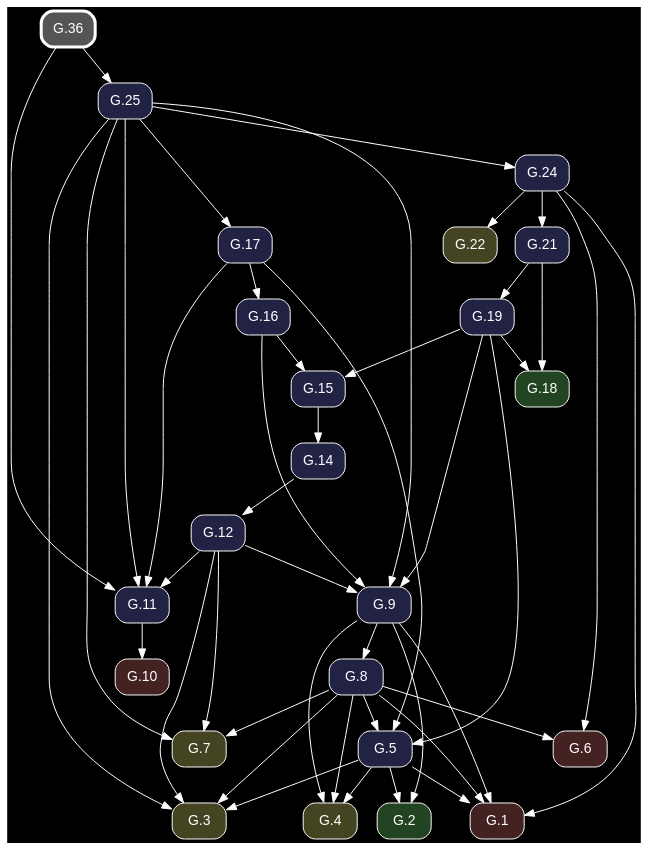
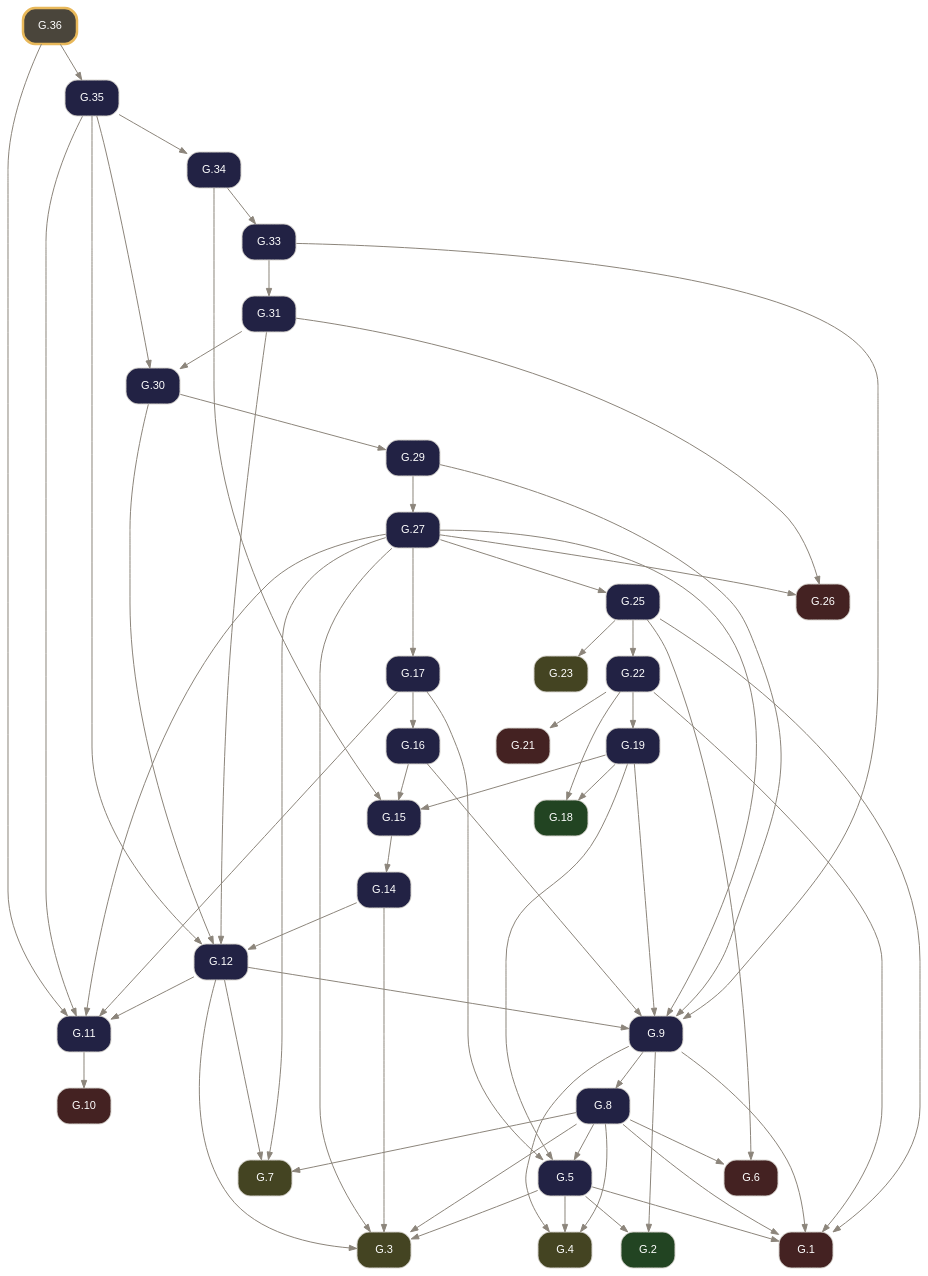
Before and after one commit to geometor/elements: the diagram in docsrc/elements2/G.36/index.rst, drawn with Graphviz. The commit also changed other lines of this file and 261 other files, not shown here.

Commit message:
feat: rebuild Elements 2.0 G-Index pipeline from composed Euclid Heath edition (v0.3.0)

```diff
--- a/docsrc/elements2/G.36/index.rst
+++ b/docsrc/elements2/G.36/index.rst
@@ -79,75 +77,102 @@
 .. graphviz::
 
    digraph {
-     bgcolor="black";
-     node [shape=box, style="rounded,filled", fontname="Helvetica", color="white", fontcolor="white"];
-     edge [color="white", fontcolor="white"];
+     bgcolor="transparent";
+     node [shape=box, style="rounded,filled", fontname="Helvetica", fontsize=11, color="#d6d3cd", fontcolor="#ffffff"];
+     edge [color="#8c857b", fontcolor="#8c857b", arrowsize=0.75];
      rankdir="TB";
-     "G.6" [label="G.6", fillcolor="#442222", URL="/elements2/G.6/", target="_top"];
-     "G.19" [label="G.19", fillcolor="#222244", URL="/elements2/G.19/", target="_top"];
-     "G.24" [label="G.24", fillcolor="#222244", URL="/elements2/G.24/", target="_top"];
-     "G.21" [label="G.21", fillcolor="#222244", URL="/elements2/G.21/", target="_top"];
-     "G.10" [label="G.10", fillcolor="#442222", URL="/elements2/G.10/", target="_top"];
-     "G.7" [label="G.7", fillcolor="#444422", URL="/elements2/G.7/", target="_top"];
-     "G.17" [label="G.17", fillcolor="#222244", URL="/elements2/G.17/", target="_top"];
-     "G.3" [label="G.3", fillcolor="#444422", URL="/elements2/G.3/", target="_top"];
-     "G.15" [label="G.15", fillcolor="#222244", URL="/elements2/G.15/", target="_top"];
-     "G.5" [label="G.5", fillcolor="#222244", URL="/elements2/G.5/", target="_top"];
-     "G.1" [label="G.1", fillcolor="#442222", URL="/elements2/G.1/", target="_top"];
-     "G.2" [label="G.2", fillcolor="#224422", URL="/elements2/G.2/", target="_top"];
-     "G.12" [label="G.12", fillcolor="#222244", URL="/elements2/G.12/", target="_top"];
-     "G.22" [label="G.22", fillcolor="#444422", URL="/elements2/G.22/", target="_top"];
-     "G.14" [label="G.14", fillcolor="#222244", URL="/elements2/G.14/", target="_top"];
-     "G.8" [label="G.8", fillcolor="#222244", URL="/elements2/G.8/", target="_top"];
-     "G.9" [label="G.9", fillcolor="#222244", URL="/elements2/G.9/", target="_top"];
-     "G.25" [label="G.25", fillcolor="#222244", URL="/elements2/G.25/", target="_top"];
-     "G.36" [label="G.36", penwidth=3, color="white", fillcolor="#555555", URL="/elements2/G.36/", target="_top"];
-     "G.18" [label="G.18", fillcolor="#224422", URL="/elements2/G.18/", target="_top"];
-     "G.11" [label="G.11", fillcolor="#222244", URL="/elements2/G.11/", target="_top"];
-     "G.4" [label="G.4", fillcolor="#444422", URL="/elements2/G.4/", target="_top"];
-     "G.16" [label="G.16", fillcolor="#222244", URL="/elements2/G.16/", target="_top"];
-     "G.24" -> "G.6";
-     "G.8" -> "G.6";
-     "G.21" -> "G.19";
-     "G.25" -> "G.24";
-     "G.24" -> "G.21";
-     "G.11" -> "G.10";
-     "G.25" -> "G.7";
-     "G.8" -> "G.7";
-     "G.12" -> "G.7";
-     "G.25" -> "G.17";
+     "G.1" [label="G.1", tooltip="G.1 (I.cn.1)", fillcolor="#442222", URL="../G.1/index.html", target="_top"];
+     "G.2" [label="G.2", tooltip="G.2 (I.def.15)", fillcolor="#224422", URL="../G.2/index.html", target="_top"];
+     "G.3" [label="G.3", tooltip="G.3 (I.post.1)", fillcolor="#444422", URL="../G.3/index.html", target="_top"];
+     "G.4" [label="G.4", tooltip="G.4 (I.post.3)", fillcolor="#444422", URL="../G.4/index.html", target="_top"];
+     "G.5" [label="G.5", tooltip="G.5 (I.1)", fillcolor="#222244", URL="../G.5/index.html", target="_top"];
+     "G.6" [label="G.6", tooltip="G.6 (I.cn.3)", fillcolor="#442222", URL="../G.6/index.html", target="_top"];
+     "G.7" [label="G.7", tooltip="G.7 (I.post.2)", fillcolor="#444422", URL="../G.7/index.html", target="_top"];
+     "G.8" [label="G.8", tooltip="G.8 (I.2)", fillcolor="#222244", URL="../G.8/index.html", target="_top"];
+     "G.9" [label="G.9", tooltip="G.9 (I.3)", fillcolor="#222244", URL="../G.9/index.html", target="_top"];
+     "G.10" [label="G.10", tooltip="G.10 (I.cn.4)", fillcolor="#442222", URL="../G.10/index.html", target="_top"];
+     "G.11" [label="G.11", tooltip="G.11 (I.4)", fillcolor="#222244", URL="../G.11/index.html", target="_top"];
+     "G.12" [label="G.12", tooltip="G.12 (I.5)", fillcolor="#222244", URL="../G.12/index.html", target="_top"];
+     "G.14" [label="G.14", tooltip="G.14 (I.7)", fillcolor="#222244", URL="../G.14/index.html", target="_top"];
+     "G.15" [label="G.15", tooltip="G.15 (I.8)", fillcolor="#222244", URL="../G.15/index.html", target="_top"];
+     "G.16" [label="G.16", tooltip="G.16 (I.9)", fillcolor="#222244", URL="../G.16/index.html", target="_top"];
+     "G.17" [label="G.17", tooltip="G.17 (I.10)", fillcolor="#222244", URL="../G.17/index.html", target="_top"];
+     "G.18" [label="G.18", tooltip="G.18 (I.def.10)", fillcolor="#224422", URL="../G.18/index.html", target="_top"];
+     "G.19" [label="G.19", tooltip="G.19 (I.11)", fillcolor="#222244", URL="../G.19/index.html", target="_top"];
+     "G.21" [label="G.21", tooltip="G.21 (I.cn.2)", fillcolor="#442222", URL="../G.21/index.html", target="_top"];
+     "G.22" [label="G.22", tooltip="G.22 (I.13)", fillcolor="#222244", URL="../G.22/index.html", target="_top"];
+     "G.23" [label="G.23", tooltip="G.23 (I.post.4)", fillcolor="#444422", URL="../G.23/index.html", target="_top"];
+     "G.25" [label="G.25", tooltip="G.25 (I.15)", fillcolor="#222244", URL="../G.25/index.html", target="_top"];
+     "G.26" [label="G.26", tooltip="G.26 (I.cn.5)", fillcolor="#442222", URL="../G.26/index.html", target="_top"];
+     "G.27" [label="G.27", tooltip="G.27 (I.16)", fillcolor="#222244", URL="../G.27/index.html", target="_top"];
+     "G.29" [label="G.29", tooltip="G.29 (I.18)", fillcolor="#222244", URL="../G.29/index.html", target="_top"];
+     "G.30" [label="G.30", tooltip="G.30 (I.19)", fillcolor="#222244", URL="../G.30/index.html", target="_top"];
+     "G.31" [label="G.31", tooltip="G.31 (I.20)", fillcolor="#222244", URL="../G.31/index.html", target="_top"];
+     "G.33" [label="G.33", tooltip="G.33 (I.22)", fillcolor="#222244", URL="../G.33/index.html", target="_top"];
+     "G.34" [label="G.34", tooltip="G.34 (I.23)", fillcolor="#222244", URL="../G.34/index.html", target="_top"];
+     "G.35" [label="G.35", tooltip="G.35 (I.24)", fillcolor="#222244", URL="../G.35/index.html", target="_top"];
+     "G.36" [label="G.36", tooltip="G.36 (I.25)", penwidth=2.5, color="#e8b85a", fillcolor="#4a453b", URL="index.html", target="_top"];
+     "G.5" -> "G.1";
+     "G.8" -> "G.1";
+     "G.9" -> "G.1";
+     "G.22" -> "G.1";
+     "G.25" -> "G.1";
+     "G.5" -> "G.2";
+     "G.9" -> "G.2";
      "G.5" -> "G.3";
-     "G.25" -> "G.3";
      "G.8" -> "G.3";
      "G.12" -> "G.3";
-     "G.19" -> "G.15";
-     "G.16" -> "G.15";
-     "G.19" -> "G.5";
-     "G.8" -> "G.5";
-     "G.17" -> "G.5";
-     "G.5" -> "G.1";
-     "G.24" -> "G.1";
-     "G.8" -> "G.1";
-     "G.9" -> "G.1";
-     "G.5" -> "G.2";
-     "G.9" -> "G.2";
-     "G.14" -> "G.12";
-     "G.24" -> "G.22";
-     "G.15" -> "G.14";
-     "G.9" -> "G.8";
-     "G.19" -> "G.9";
-     "G.25" -> "G.9";
-     "G.16" -> "G.9";
-     "G.12" -> "G.9";
-     "G.36" -> "G.25";
-     "G.19" -> "G.18";
-     "G.21" -> "G.18";
-     "G.36" -> "G.11";
-     "G.25" -> "G.11";
-     "G.17" -> "G.11";
-     "G.12" -> "G.11";
+     "G.14" -> "G.3";
+     "G.27" -> "G.3";
      "G.5" -> "G.4";
      "G.8" -> "G.4";
      "G.9" -> "G.4";
+     "G.8" -> "G.5";
+     "G.17" -> "G.5";
+     "G.19" -> "G.5";
+     "G.8" -> "G.6";
+     "G.25" -> "G.6";
+     "G.8" -> "G.7";
+     "G.12" -> "G.7";
+     "G.27" -> "G.7";
+     "G.9" -> "G.8";
+     "G.12" -> "G.9";
+     "G.16" -> "G.9";
+     "G.19" -> "G.9";
+     "G.27" -> "G.9";
+     "G.29" -> "G.9";
+     "G.33" -> "G.9";
+     "G.11" -> "G.10";
+     "G.12" -> "G.11";
+     "G.17" -> "G.11";
+     "G.27" -> "G.11";
+     "G.35" -> "G.11";
+     "G.36" -> "G.11";
+     "G.14" -> "G.12";
+     "G.30" -> "G.12";
+     "G.31" -> "G.12";
+     "G.35" -> "G.12";
+     "G.15" -> "G.14";
+     "G.16" -> "G.15";
+     "G.19" -> "G.15";
+     "G.34" -> "G.15";
      "G.17" -> "G.16";
+     "G.27" -> "G.17";
+     "G.19" -> "G.18";
+     "G.22" -> "G.18";
+     "G.22" -> "G.19";
+     "G.22" -> "G.21";
+     "G.25" -> "G.22";
+     "G.25" -> "G.23";
+     "G.27" -> "G.25";
+     "G.27" -> "G.26";
+     "G.31" -> "G.26";
+     "G.29" -> "G.27";
+     "G.30" -> "G.29";
+     "G.31" -> "G.30";
+     "G.35" -> "G.30";
+     "G.33" -> "G.31";
+     "G.34" -> "G.33";
+     "G.35" -> "G.34";
+     "G.36" -> "G.35";
    }
```
